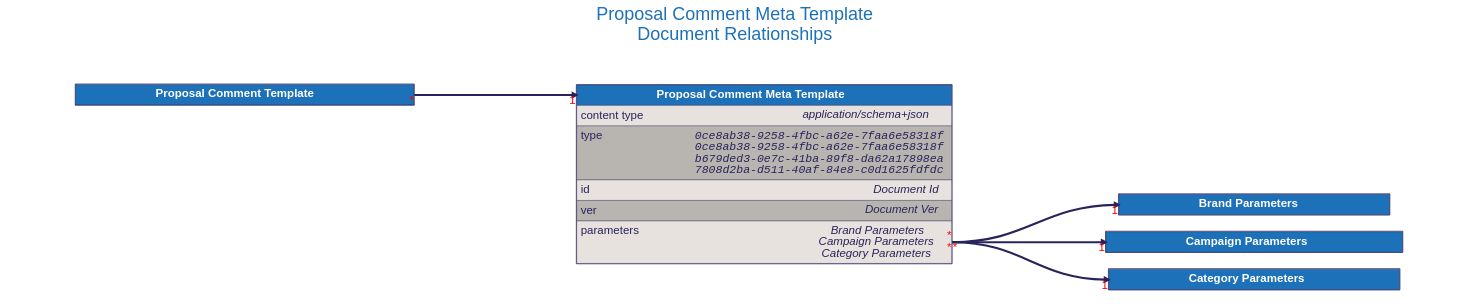
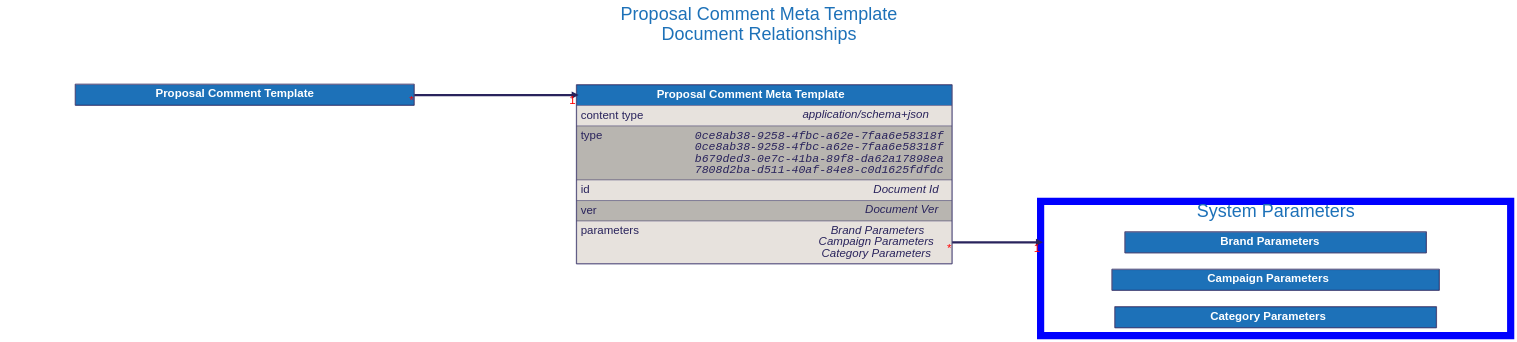
Before and after one commit to input-output-hk/catalyst-libs: the diagram in docs/src/architecture/08_concepts/signed_doc/diagrams/proposal_comment_meta_template.dot, drawn with Graphviz. The commit also changed 17 other files, not shown here.

Commit message:
feat(docs): Add document clusters to help with autogenerated diagrams.

```diff
--- a/docs/src/architecture/08_concepts/signed_doc/diagrams/proposal_comment_meta_template.dot
+++ b/docs/src/architecture/08_concepts/signed_doc/diagrams/proposal_comment_meta_template.dot
@@ -1,143 +1,149 @@
 digraph "Proposal Comment Meta Template" {
     rankdir="LR"
-        graph [fontname="helvetica", fontsize="32", fontcolor="#29235c", bgcolor="white"];
-        node [penwidth="0", margin="0", fontname="helvetica", fontsize="32", fontcolor="#29235c"];
-        edge [fontname="helvetica", fontsize="32", fontcolor="red", color="#29235c"];
+    graph [fontname="helvetica", fontsize="32", fontcolor="#29235c", bgcolor="white"];
+    node [penwidth="0", margin="0", fontname="helvetica", fontsize="32", fontcolor="#29235c"];
+    edge [fontname="helvetica", fontsize="32", fontcolor="red", color="#29235c"];
 
     labelloc="t"
     label="Proposal Comment Meta Template
 Document Relationships"
     fontcolor="#1d71b8"
     fontsize=50
+    compound=true
 
 
-    "Brand Parameters" [
-        id="Brand Parameters";
-        label=<
-            <TABLE BORDER="2" COLOR="#29235c" CELLBORDER="1" CELLSPACING="0" CELLPADDING="10">
-            <TR>
-                <TD PORT="title" BGCOLOR="#1d71b8" HREF="../brand_parameters/">
-                    <FONT COLOR="#ffffff"><B> Brand Parameters </B></FONT>
-                </TD>
-            </TR>
 
-            </TABLE>
-        >
-    ];
+    subgraph cluster_system_parameters {
+        label = "System Parameters";
+        color=blue
+        penwidth=20
+
+        "Brand Parameters" [
+            id="Brand Parameters";
+            label=<
+                <TABLE BORDER="2" COLOR="#29235c" CELLBORDER="1" CELLSPACING="0" CELLPADDING="10">
+                <TR>
+                    <TD PORT="title" BGCOLOR="#1d71b8" HREF="../brand_parameters/">
+                        <FONT COLOR="#ffffff"><B> Brand Parameters </B></FONT>
+                    </TD>
+                </TR>
+
+                </TABLE>
+            >
+        ];
 
 
-    "Campaign Parameters" [
-        id="Campaign Parameters";
-        label=<
-            <TABLE BORDER="2" COLOR="#29235c" CELLBORDER="1" CELLSPACING="0" CELLPADDING="10">
-            <TR>
-                <TD PORT="title" BGCOLOR="#1d71b8" HREF="../campaign_parameters/">
-                    <FONT COLOR="#ffffff"><B> Campaign Parameters </B></FONT>
-                </TD>
-            </TR>
+        "Campaign Parameters" [
+            id="Campaign Parameters";
+            label=<
+                <TABLE BORDER="2" COLOR="#29235c" CELLBORDER="1" CELLSPACING="0" CELLPADDING="10">
+                <TR>
+                    <TD PORT="title" BGCOLOR="#1d71b8" HREF="../campaign_parameters/">
+                        <FONT COLOR="#ffffff"><B> Campaign Parameters </B></FONT>
+                    </TD>
+                </TR>
 
-            </TABLE>
-        >
-    ];
+                </TABLE>
+            >
+        ];
 
 
-    "Category Parameters" [
-        id="Category Parameters";
-        label=<
-            <TABLE BORDER="2" COLOR="#29235c" CELLBORDER="1" CELLSPACING="0" CELLPADDING="10">
-            <TR>
-                <TD PORT="title" BGCOLOR="#1d71b8" HREF="../category_parameters/">
-                    <FONT COLOR="#ffffff"><B> Category Parameters </B></FONT>
-                </TD>
-            </TR>
+        "Category Parameters" [
+            id="Category Parameters";
+            label=<
+                <TABLE BORDER="2" COLOR="#29235c" CELLBORDER="1" CELLSPACING="0" CELLPADDING="10">
+                <TR>
+                    <TD PORT="title" BGCOLOR="#1d71b8" HREF="../category_parameters/">
+                        <FONT COLOR="#ffffff"><B> Category Parameters </B></FONT>
+                    </TD>
+                </TR>
 
-            </TABLE>
-        >
-    ];
+                </TABLE>
+            >
+        ];
 
+    }
 
     "Proposal Comment Meta Template" [
         id="Proposal Comment Meta Template";
         label=<
             <TABLE BORDER="2" COLOR="#29235c" CELLBORDER="1" CELLSPACING="0" CELLPADDING="10">
             <TR>
                 <TD PORT="title" BGCOLOR="#1d71b8" HREF="../proposal_comment_meta_template/">
                     <FONT COLOR="#ffffff"><B> Proposal Comment Meta Template </B></FONT>
                 </TD>
             </TR>
             <TR>
                 <TD ALIGN="LEFT" PORT="content type" BGCOLOR="#e7e2dd">
                     <TABLE CELLPADDING="0" CELLSPACING="0" BORDER="0">
                         <TR>
                             <TD ALIGN="LEFT" VALIGN="TOP" WIDTH="200"><FONT>content type</FONT></TD>
                             <TD ALIGN="RIGHT"><FONT><I>application/schema+json</I></FONT></TD>
                         </TR>
                     </TABLE>
                 </TD>
             </TR>
             <TR>
                 <TD ALIGN="LEFT" PORT="type" BGCOLOR="#b8b5b0">
                     <TABLE CELLPADDING="0" CELLSPACING="0" BORDER="0">
                         <TR>
                             <TD ALIGN="LEFT" VALIGN="TOP" WIDTH="200"><FONT>type</FONT></TD>
                             <TD ALIGN="RIGHT"><FONT FACE="Courier"><I>0ce8ab38-9258-4fbc-a62e-7faa6e58318f<BR />0ce8ab38-9258-4fbc-a62e-7faa6e58318f<BR />b679ded3-0e7c-41ba-89f8-da62a17898ea<BR />7808d2ba-d511-40af-84e8-c0d1625fdfdc</I></FONT></TD>
                         </TR>
                     </TABLE>
                 </TD>
             </TR>
             <TR>
                 <TD ALIGN="LEFT" PORT="id" BGCOLOR="#e7e2dd">
                     <TABLE CELLPADDING="0" CELLSPACING="0" BORDER="0">
                         <TR>
                             <TD ALIGN="LEFT" VALIGN="TOP" WIDTH="200"><FONT>id</FONT></TD>
                             <TD ALIGN="RIGHT"><FONT><I>Document Id</I></FONT></TD>
                         </TR>
                     </TABLE>
                 </TD>
             </TR>
             <TR>
                 <TD ALIGN="LEFT" PORT="ver" BGCOLOR="#b8b5b0">
                     <TABLE CELLPADDING="0" CELLSPACING="0" BORDER="0">
                         <TR>
                             <TD ALIGN="LEFT" VALIGN="TOP" WIDTH="200"><FONT>ver</FONT></TD>
                             <TD ALIGN="RIGHT"><FONT><I>Document Ver</I></FONT></TD>
                         </TR>
                     </TABLE>
                 </TD>
             </TR>
             <TR>
                 <TD ALIGN="LEFT" PORT="parameters" BGCOLOR="#e7e2dd">
                     <TABLE CELLPADDING="0" CELLSPACING="0" BORDER="0">
                         <TR>
                             <TD ALIGN="LEFT" VALIGN="TOP" WIDTH="200"><FONT>parameters</FONT></TD>
                             <TD ALIGN="RIGHT"><FONT><I>Brand Parameters<BR />Campaign Parameters<BR />Category Parameters</I></FONT></TD>
                         </TR>
                     </TABLE>
                 </TD>
             </TR>
 
             </TABLE>
         >
     ];
 
 
     "Proposal Comment Template" [
         id="Proposal Comment Template";
         label=<
             <TABLE BORDER="2" COLOR="#29235c" CELLBORDER="1" CELLSPACING="0" CELLPADDING="10">
             <TR>
-                <TD PORT="title" BGCOLOR="#1d71b8" HREF="../proposal_comment_template/">
+                <TD PORT="title" BGCOLOR="#1d71b8" HREF="../proposal_comment_meta_template/">
                     <FONT COLOR="#ffffff"><B> Proposal Comment Template </B></FONT>
                 </TD>
             </TR>
 
             </TABLE>
         >
     ];
 
 
-    "Proposal Comment Meta Template":"parameters":e -> "Brand Parameters":"title":w [dir=forward, penwidth=6, color="#29235c", headlabel="1", taillabel="*"]
-    "Proposal Comment Meta Template":"parameters":e -> "Campaign Parameters":"title":w [dir=forward, penwidth=6, color="#29235c", headlabel="1", taillabel="*"]
-    "Proposal Comment Meta Template":"parameters":e -> "Category Parameters":"title":w [dir=forward, penwidth=6, color="#29235c", headlabel="1", taillabel="*"]
+    "Proposal Comment Meta Template":"parameters":e -> "Brand Parameters" [dir=forward, penwidth=6, color="#29235c", headlabel="1", taillabel="*", lhead="cluster_system_parameters"]
     "Proposal Comment Template":"title":e -> "Proposal Comment Meta Template":"title":w [dir=forward, penwidth=6, color="#29235c", headlabel="1", taillabel="*"]
 }
```
